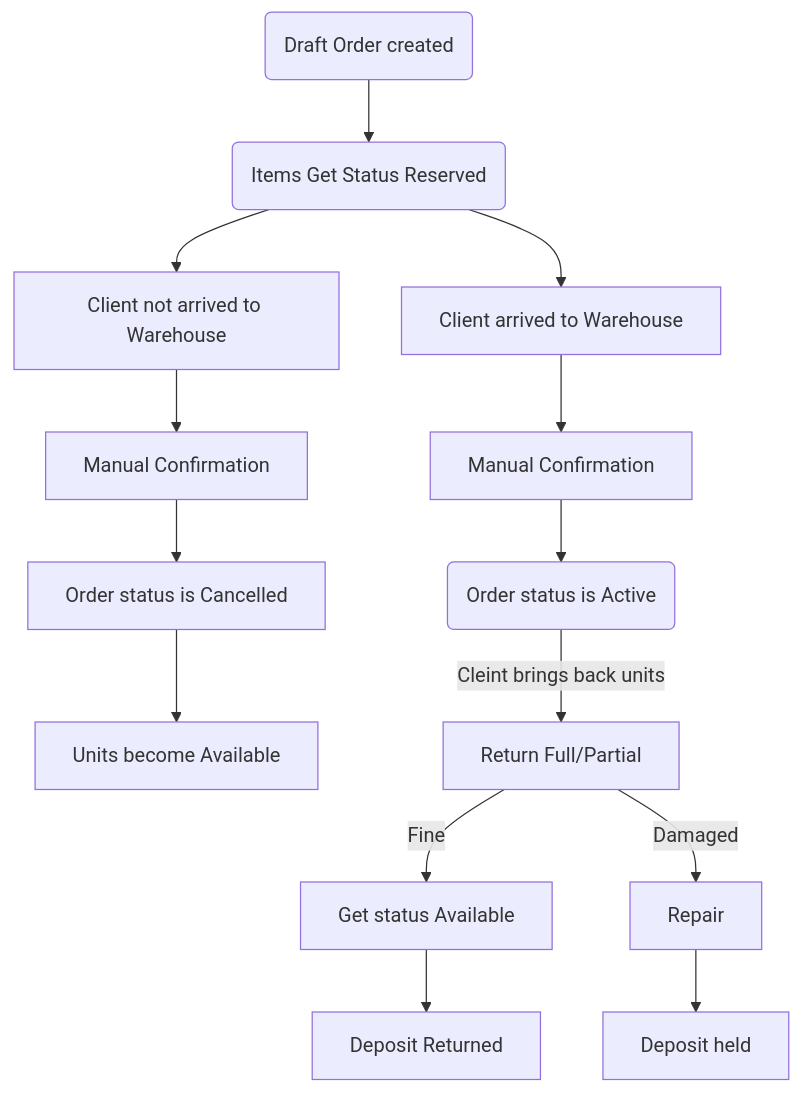
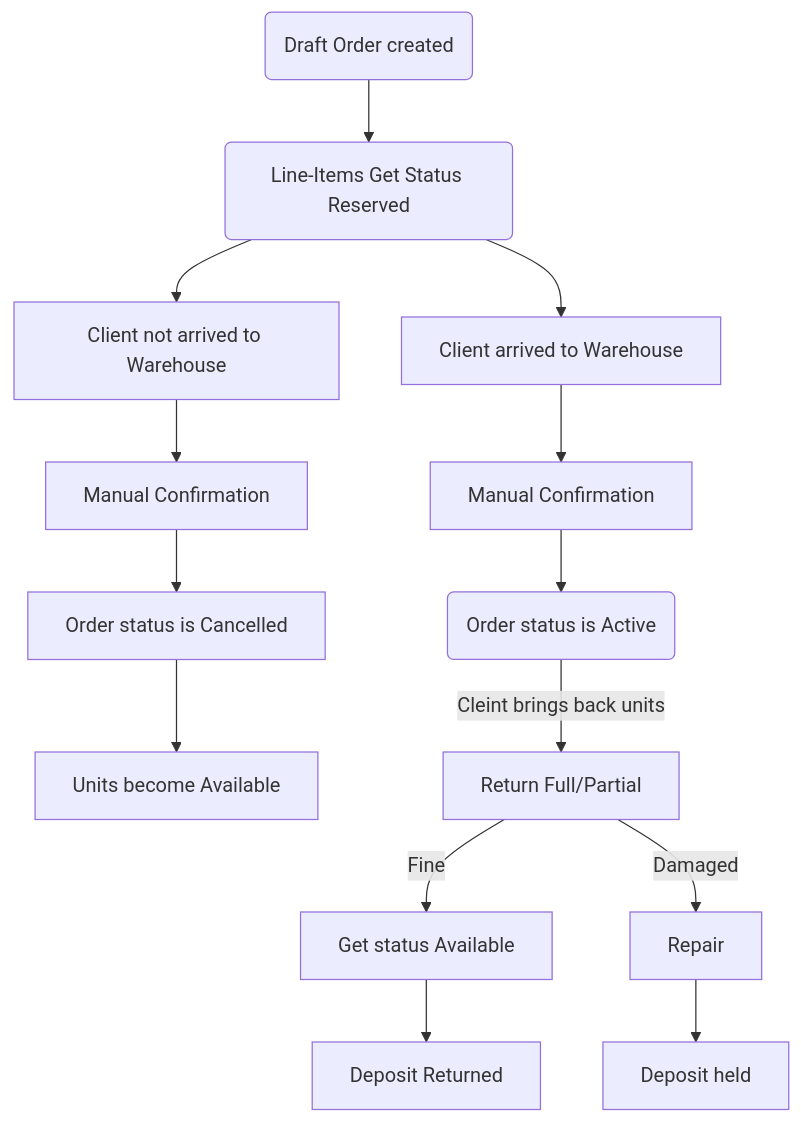
One commit to Diamko94/rentals1 changed the diagram in Flowchart.md. Above: the diagram before and after it, drawn with Mermaid.

````diff
--- a/Flowchart.md
+++ b/Flowchart.md
@@ -1,24 +1,24 @@
 ```mermaid
 flowchart TD
 
     %% Бронироваие
-    A(Draft Order created) --> B(Items Get Status Reserved)
+    A(Draft Order created) --> B(Line-Items Get Status Reserved)
 
     %% Выдача
     B --> G[Client arrived to Warehouse]
     G --> I[Manual Confirmation]
     B --> D[Client not arrived to Warehouse]
     D --> E[Manual Confirmation]
     E --> F[Order status is Cancelled]
     F --> Z[Units become Available]
     I --> J(Order status is Active)
 
     %% Возврат
     J -->|Cleint brings back units| K[Return Full/Partial]
     K -->|Fine| M[Get status Available]
     K -->|Damaged| N[Repair]
 
     %% Расчет
     M --> O[Deposit Returned]
     N --> P[Deposit held]
 ```
````
